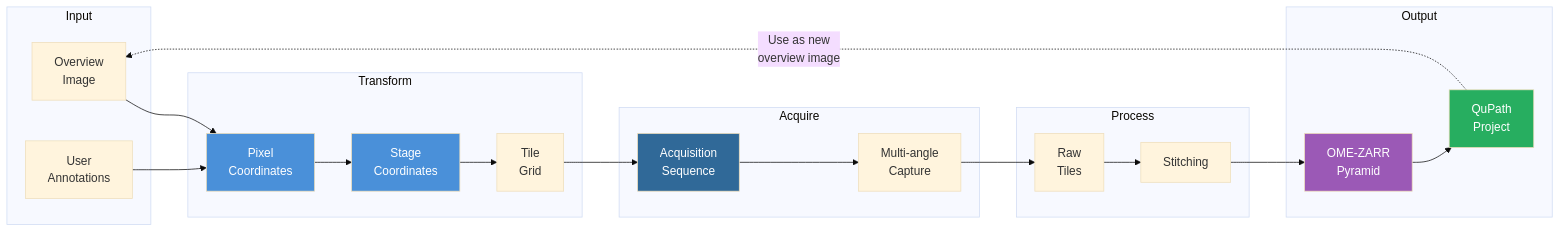
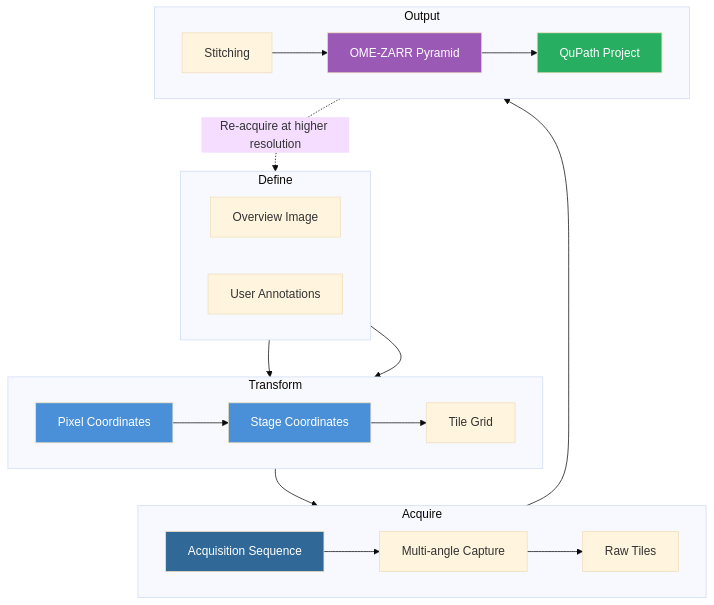
Before and after one commit to uw-loci/QPSC: the second of 3 diagrams in README.md, drawn with Mermaid (base theme). The commit also changed other lines of this file and 1 other file, not shown here.

````diff
--- a/README.md
+++ b/README.md
@@ -817,48 +649,43 @@
 ```mermaid
-flowchart LR
-    subgraph Input
-        Slide["Overview<br>Image"]
-        ROI["User<br>Annotations"]
+flowchart TB
+    subgraph Input["Define"]
+        direction LR
+        Slide["Overview Image"]
+        ROI["User Annotations"]
     end
 
-    subgraph Transform
-        Pixel["Pixel<br>Coordinates"]
-        Stage["Stage<br>Coordinates"]
-        Grid["Tile<br>Grid"]
+    subgraph TransformLayer["Transform"]
+        direction LR
+        Pixel["Pixel Coordinates"]
+        Stage["Stage Coordinates"]
+        Grid["Tile Grid"]
     end
 
-    subgraph Acquire
-        Seq["Acquisition<br>Sequence"]
-        Cap["Multi-angle<br>Capture"]
+    subgraph AcquireLayer["Acquire"]
+        direction LR
+        Seq["Acquisition Sequence"]
+        Cap["Multi-angle Capture"]
+        Raw["Raw Tiles"]
     end
 
-    subgraph Process
-        Raw["Raw<br>Tiles"]
+    subgraph OutputLayer["Output"]
+        direction LR
         Stitch["Stitching"]
-    end
-
-    subgraph Output
-        ZARR["OME-ZARR<br>Pyramid"]
-        Project["QuPath<br>Project"]
+        ZARR["OME-ZARR Pyramid"]
+        Project["QuPath Project"]
     end
 
     Slide --> Pixel
     ROI --> Pixel
-    Pixel --> Stage
-    Stage --> Grid
-    Grid --> Seq
-    Seq --> Cap
-    Cap --> Raw
-    Raw --> Stitch
-    Stitch --> ZARR
-    ZARR --> Project
+    Pixel --> Stage --> Grid
+    Grid --> Seq --> Cap --> Raw
+    Raw --> Stitch --> ZARR --> Project
 
-    %% Iterative workflow - acquired images become new input
-    Project -.->|"Use as new<br>overview image"| Slide
+    Project -.->|"Re-acquire at higher resolution"| Slide
 
     style Pixel fill:#4A90D9,color:#fff
     style Stage fill:#4A90D9,color:#fff
     style Seq fill:#306998,color:#fff
     style ZARR fill:#9B59B6,color:#fff
     style Project fill:#27AE60,color:#fff
 ```
````
